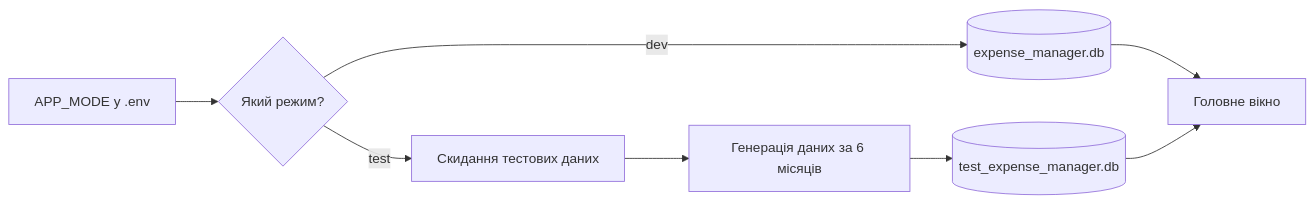
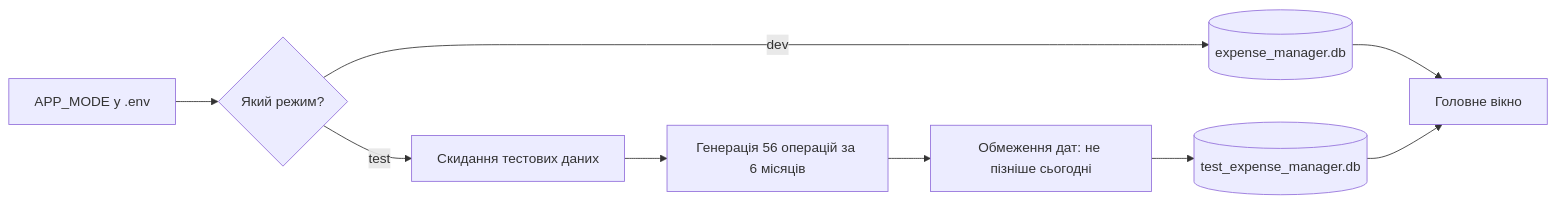
The seventh of 8 diagrams in docs/ARCHITECTURE_UA.md (IllyaHavrulyk/PythonFinalProject), drawn with Mermaid before and after one commit. The commit also changed other lines of this file and 13 other files, not shown here.

First line of the commit message:
lection11: cover the project with unit tests and refresh the architecture docs

````diff
--- a/docs/ARCHITECTURE_UA.md
+++ b/docs/ARCHITECTURE_UA.md
@@ -429,10 +490,11 @@
 ```mermaid
 flowchart LR
     Env[APP_MODE у .env] --> Choice{Який режим?}
     Choice -->|dev| DevDB[(expense_manager.db)]
     Choice -->|test| Reset[Скидання тестових даних]
-    Reset --> Seed[Генерація даних за 6 місяців]
-    Seed --> TestDB[(test_expense_manager.db)]
+    Reset --> Seed[Генерація 56 операцій за 6 місяців]
+    Seed --> Clamp[Обмеження дат: не пізніше сьогодні]
+    Clamp --> TestDB[(test_expense_manager.db)]
     DevDB --> Dashboard[Головне вікно]
     TestDB --> Dashboard
 ```
````
